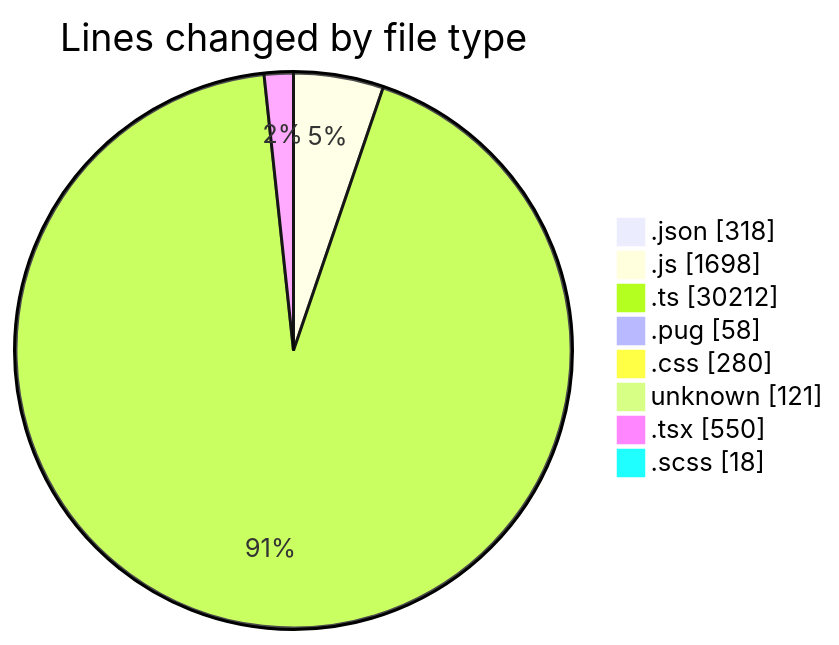
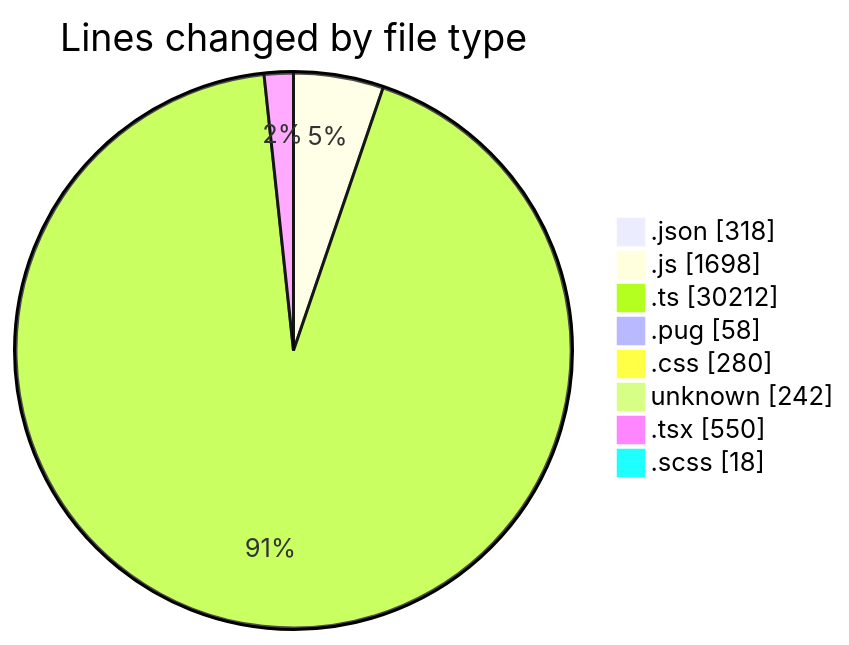
The first of 2 diagrams in 2026-06-02/cda/README.md (momahboobian/code-tracking), drawn with Mermaid before and after one commit. The commit also changed other lines of this file and 1 other file, not shown here.

````diff
--- a/2026-06-02/cda/README.md
+++ b/2026-06-02/cda/README.md
@@ -54,12 +54,12 @@
 ```mermaid
 pie showData
 title Lines changed by file type
 ".json" : 318
 ".js" : 1698
 ".ts" : 30212
 ".pug" : 58
 ".css" : 280
-"unknown" : 121
+"unknown" : 242
 ".tsx" : 550
 ".scss" : 18
 ```
````
